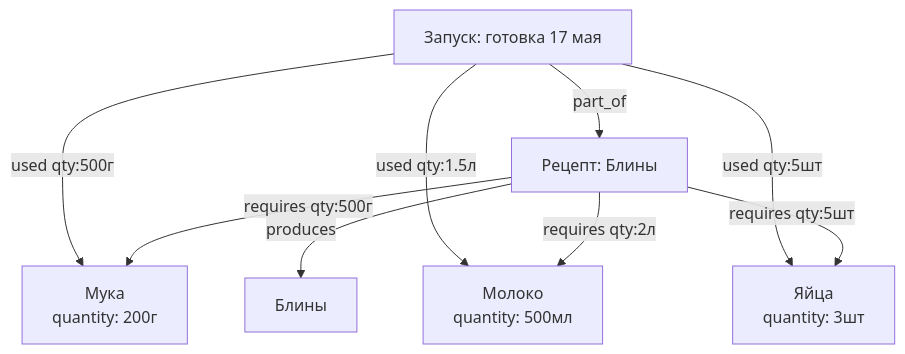
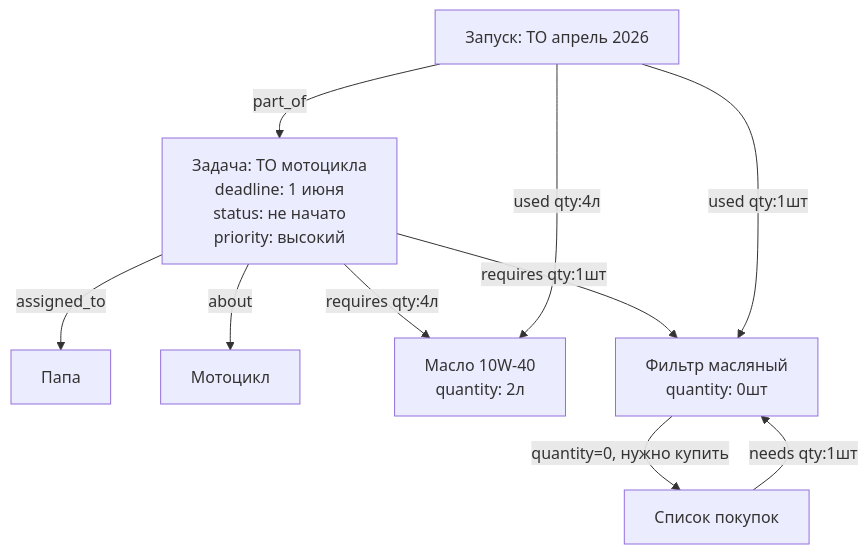
The second of 6 diagrams in docs/database.md (kscht/domovoy), drawn with Mermaid before and after one commit. The commit also changed other lines of this file, not shown here.

````diff
--- a/docs/database.md
+++ b/docs/database.md
@@ -46,20 +76,22 @@
 ```mermaid
 graph TD
-    Recipe[Рецепт: Блины]
-    Run[Запуск: готовка 17 мая]
-    Pancakes[Блины]
+    Dad[Папа]
+    Motorcycle[Мотоцикл]
+    Oil[Масло 10W-40\nquantity: 2л]
+    OilFilter[Фильтр масляный\nquantity: 0шт]
+    Task[Задача: ТО мотоцикла\ndeadline: 1 июня\nstatus: не начато\npriority: высокий]
+    ShoppingList[Список покупок]
+    Run[Запуск: ТО апрель 2026]
 
-    Flour[Мука\nquantity: 200г]
-    Milk[Молоко\nquantity: 500мл]
-    Eggs[Яйца\nquantity: 3шт]
+    Task -->|assigned_to| Dad
+    Task -->|about| Motorcycle
+    Task -->|requires qty:4л| Oil
+    Task -->|requires qty:1шт| OilFilter
 
-    Recipe -->|requires qty:500г| Flour
-    Recipe -->|requires qty:2л| Milk
-    Recipe -->|requires qty:5шт| Eggs
-    Recipe -->|produces| Pancakes
+    OilFilter -->|quantity=0, нужно купить| ShoppingList
+    ShoppingList -->|needs qty:1шт| OilFilter
 
-    Run -->|part_of| Recipe
-    Run -->|used qty:500г| Flour
-    Run -->|used qty:1.5л| Milk
-    Run -->|used qty:5шт| Eggs
+    Run -->|part_of| Task
+    Run -->|used qty:4л| Oil
+    Run -->|used qty:1шт| OilFilter
 ```
````
